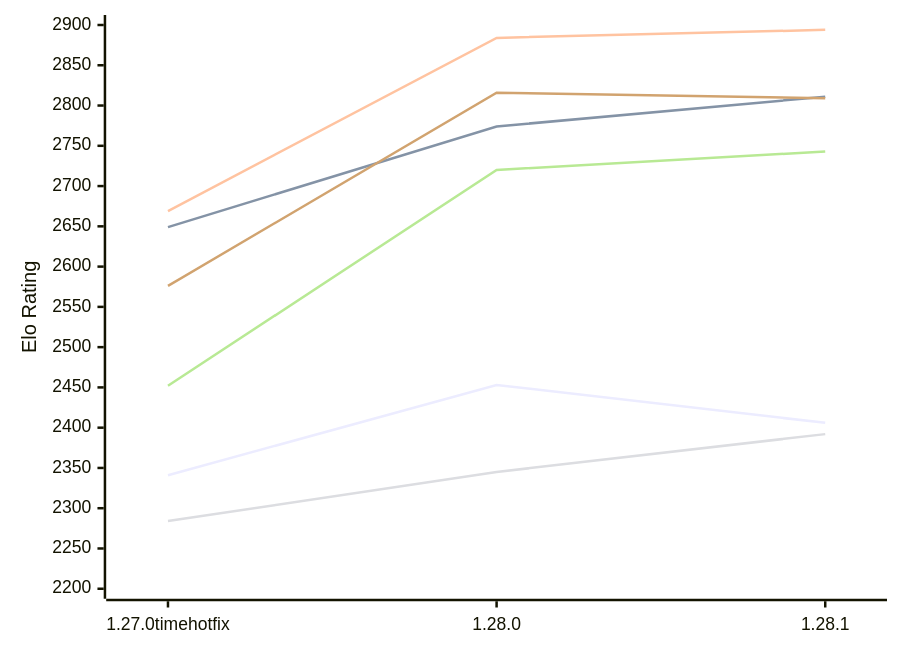
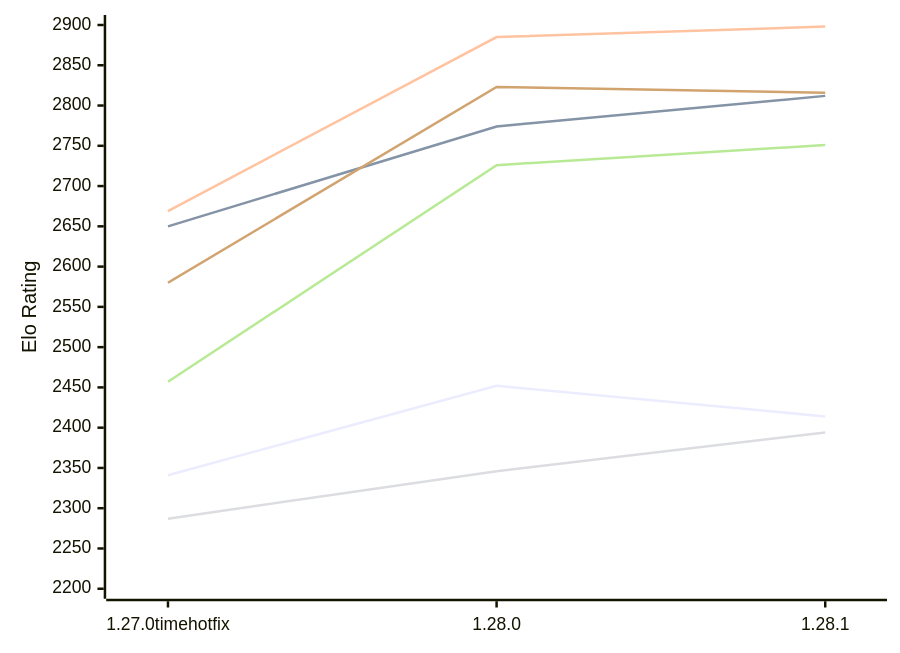
Before and after one commit to computer-chess-index/cci: the first of 2 diagrams in engines/Aurora.md, drawn with Mermaid. The commit also changed other lines of this file, not shown here.

Commit message:
Update CCI Ratings (ELO VLTC) - 2026-11-17

````diff
--- a/engines/Aurora.md
+++ b/engines/Aurora.md
@@ -52,12 +52,12 @@
 ```mermaid
 %%{init: {"theme":"base","themeVariables":{"seriesColors:['#a3a3a3','#222221','#faa371']}}}%%
 xychart-beta
   x-axis ["1.27.0timehotfix", "1.28.0", "1.28.1"]
   y-axis "Elo Rating" 2200 --> 2900
-  line "E1: STC (8.0+0.08s)" [2341, 2453, 2406]
-  line "E1: LTC (60.0+0.60s)" [2649, 2774, 2811]
-  line "E1: VLTC (2m24s+1.12s)" [2669, 2884, 2894]
-  line "P1: STC (8.0+0.08s)" [2284, 2345, 2392]
-  line "P1: LTC (60.0+0.60s)" [2452, 2720, 2743]
-  line "P1: VLTC (2m24s+1.12s)" [2576, 2816, 2809]
+  line "E1: STC (8.0+0.08s)" [2341, 2452, 2414]
+  line "E1: LTC (60.0+0.60s)" [2650, 2774, 2812]
+  line "E1: VLTC (2m24s+1.12s)" [2669, 2885, 2898]
+  line "P1: STC (8.0+0.08s)" [2287, 2346, 2394]
+  line "P1: LTC (60.0+0.60s)" [2457, 2726, 2751]
+  line "P1: VLTC (2m24s+1.12s)" [2580, 2823, 2816]
 ```
````
